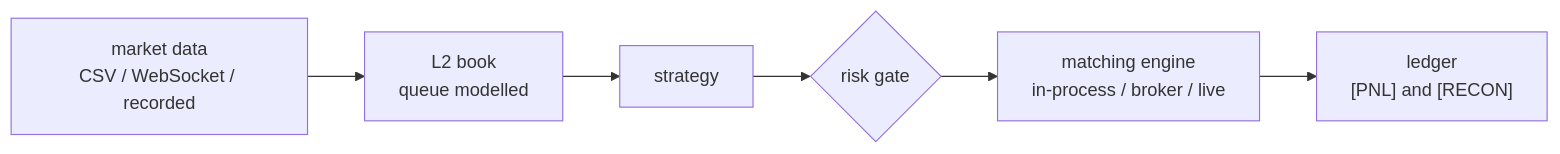
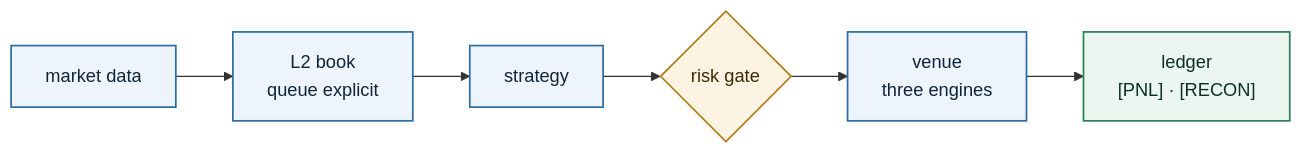
Before and after one commit to 12mango/ToyQuant: the diagram in README.md, drawn with Mermaid. The commit also changed 7 other files, not shown here.

First line of the commit message:
Redraw the two front figures so they read at page width and in the dark

````diff
--- a/README.md
+++ b/README.md
@@ -20,10 +20,14 @@
 ```mermaid
-%% The front door's version of the path: the same chain, six boxes, no side branches. The full one, with the
-%% three engines and the recording loop, is docs/_figures/path.mmd on the quickstart.
+%% The front door's version of the path: the same six boxes, no side branches, and a copy of docs/_figures/path-front.mmd
+%% because GitHub renders mermaid but cannot include a file. Keep the two in step. Every node carries its own fill and
+%% text colour: Mermaid's default theme is dark text on a transparent background, which disappears on a dark page.
 flowchart LR
-    D["market data<br/>CSV / WebSocket / recorded"] --> B["L2 book<br/>queue modelled"]
-    B --> S["strategy"]
-    S --> G{"risk gate"}
-    G --> M["matching engine<br/>in-process / broker / live"]
-    M --> L["ledger<br/>[PNL] and [RECON]"]
+    D["market data"] --> B["L2 book<br/>queue explicit"] --> S["strategy"] --> G{"risk gate"} --> M["venue<br/>three engines"] --> L["ledger<br/>[PNL] · [RECON]"]
+
+    classDef box fill:#eef4fb,stroke:#2b6ca3,stroke-width:1.5px,color:#0f2438
+    classDef gate fill:#fdf3e3,stroke:#b07d1c,stroke-width:1.5px,color:#3b2a06
+    classDef good fill:#eaf6ef,stroke:#2c7d54,stroke-width:1.5px,color:#0d2f21
+    class D,B,S,M box
+    class G gate
+    class L good
 ```
````
